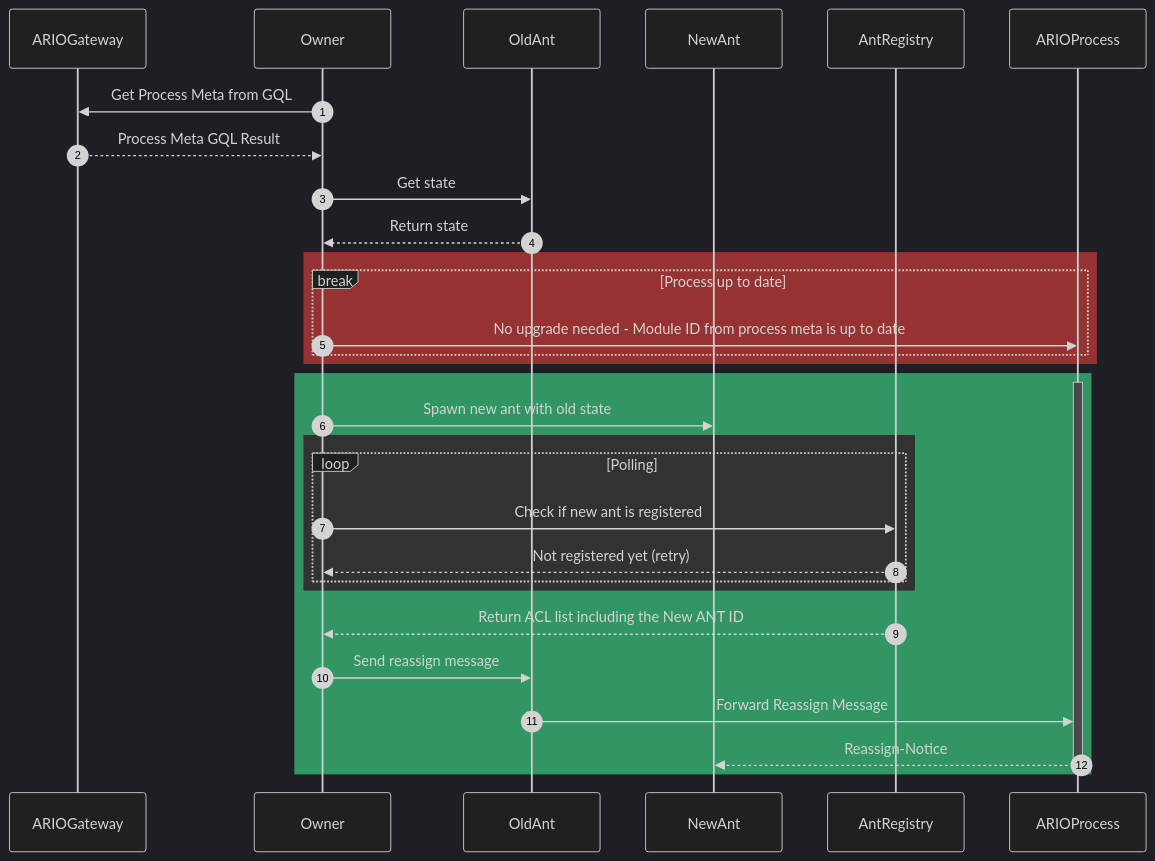
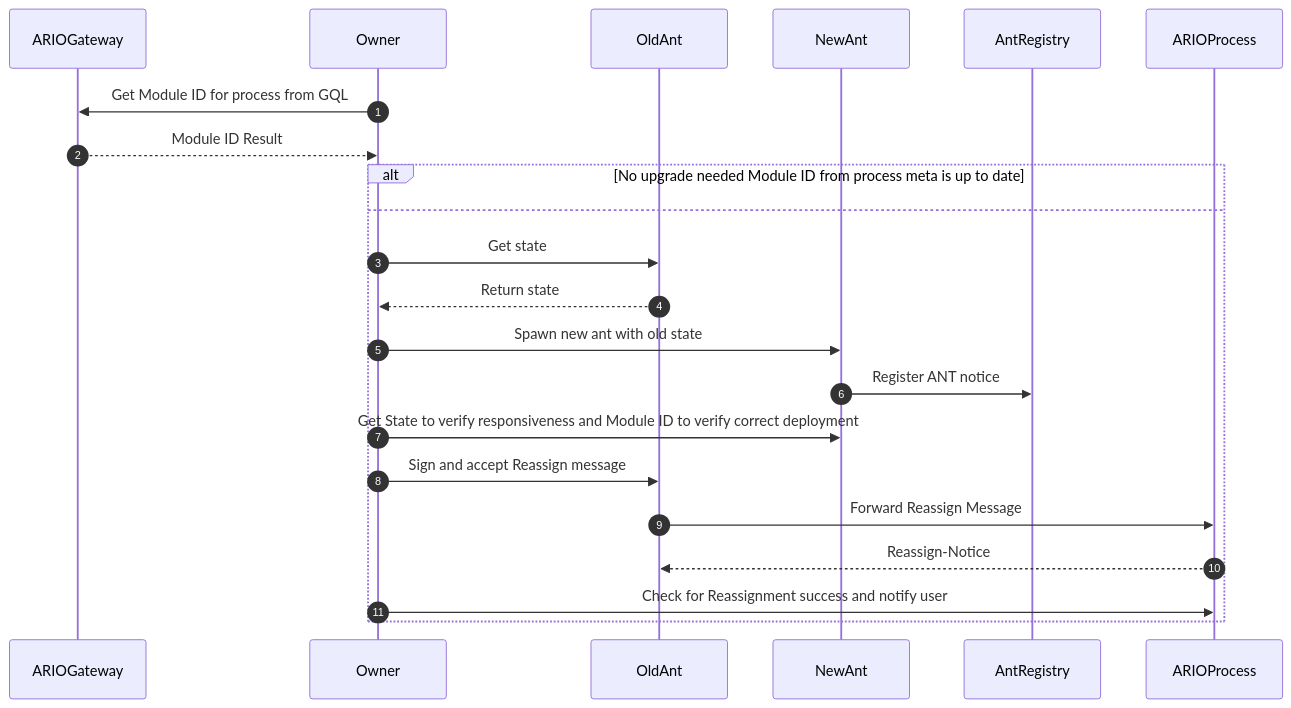
The diagram in docs/madr/1-reassign-evolve.md (ar-io/ar-io-ant-process), drawn with Mermaid before and after one commit. The commit also changed other lines of this file, not shown here.

Commit message:
fix(adr): add notes and updated sequence diagram

````diff
--- a/docs/madr/1-reassign-evolve.md
+++ b/docs/madr/1-reassign-evolve.md
@@ -56,43 +56,36 @@
 ```mermaid
----
-config:
-  theme: dark
----
 sequenceDiagram
     autonumber
 
     participant ARIOGateway
     participant Owner
     participant OldAnt
     participant NewAnt
     participant AntRegistry
     participant ARIOProcess
 
 
-    Owner ->> ARIOGateway: Get Process Meta from GQL
-    ARIOGateway -->> Owner: Process Meta GQL Result
-    Owner->>OldAnt: Get state
-    OldAnt-->>Owner: Return state
+    Owner ->> ARIOGateway: Get Module ID for process from GQL
+    ARIOGateway -->> Owner: Module ID Result
 
-    rect rgb(150,50,50)
-    break Process up to date
-    Owner ->> ARIOProcess: No upgrade needed - Module ID from process meta is up to date
-    end
+
+    alt No upgrade needed Module ID from process meta is up to date
+
+        else
+
+        Owner->>OldAnt: Get state
+        OldAnt-->>Owner: Return state
+
+        Owner->>NewAnt: Spawn new ant with old state
+        NewAnt->>AntRegistry: Register ANT notice
+        Owner->>NewAnt: Get State to verify responsiveness and Module ID to verify correct deployment
+
+        Owner->>OldAnt: Sign and accept Reassign message
+        OldAnt->>ARIOProcess: Forward Reassign Message
+        ARIOProcess-->>OldAnt: Reassign-Notice
+
+        Owner->>ARIOProcess: Check for Reassignment success and notify user
+
 
     end
-   rect rgb(50,150,100)
-   activate ARIOProcess
-    Owner->>NewAnt: Spawn new ant with old state
-    rect rgb(50,50,50)
-    loop Polling
-        Owner->>AntRegistry: Check if new ant is registered
-        AntRegistry-->>Owner: Not registered yet (retry)
-    end
-    end
-    AntRegistry-->>Owner: Return ACL list including the New ANT ID
-    Owner->>OldAnt: Send reassign message
-    OldAnt->>ARIOProcess: Forward Reassign Message
-    ARIOProcess-->>NewAnt: Reassign-Notice
-    deactivate ARIOProcess
-    end
 ```
````
